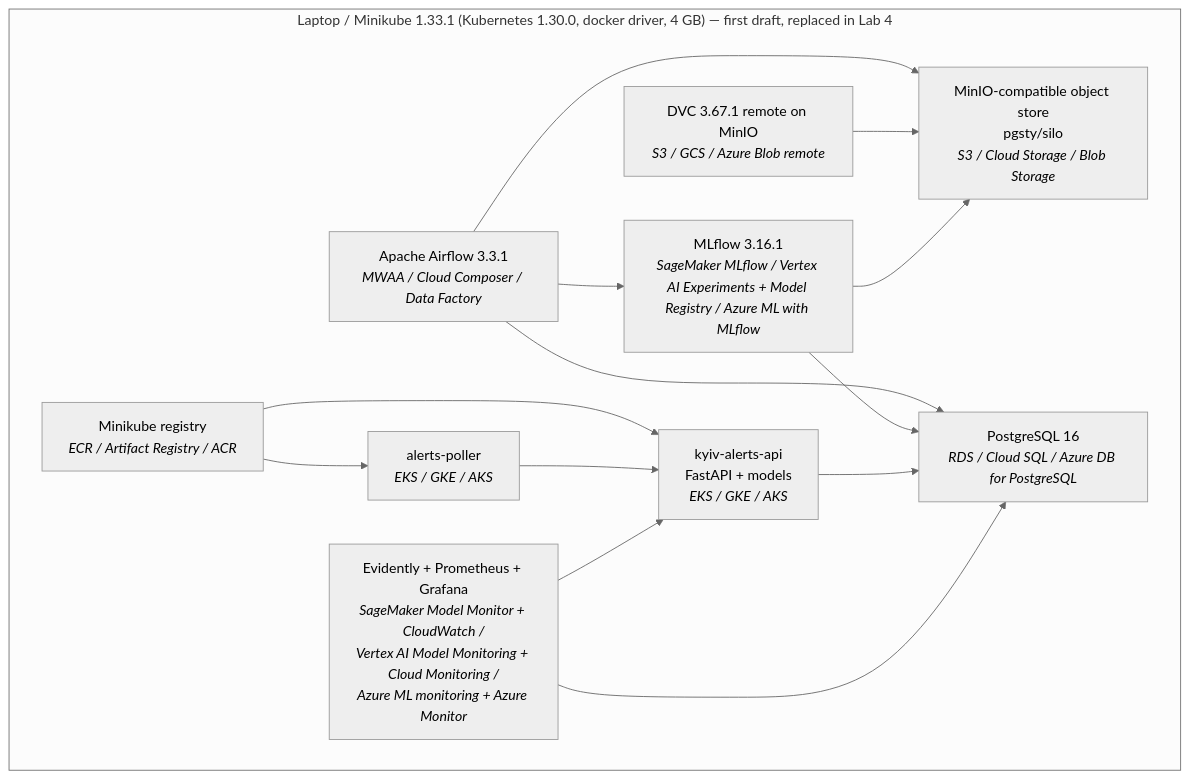
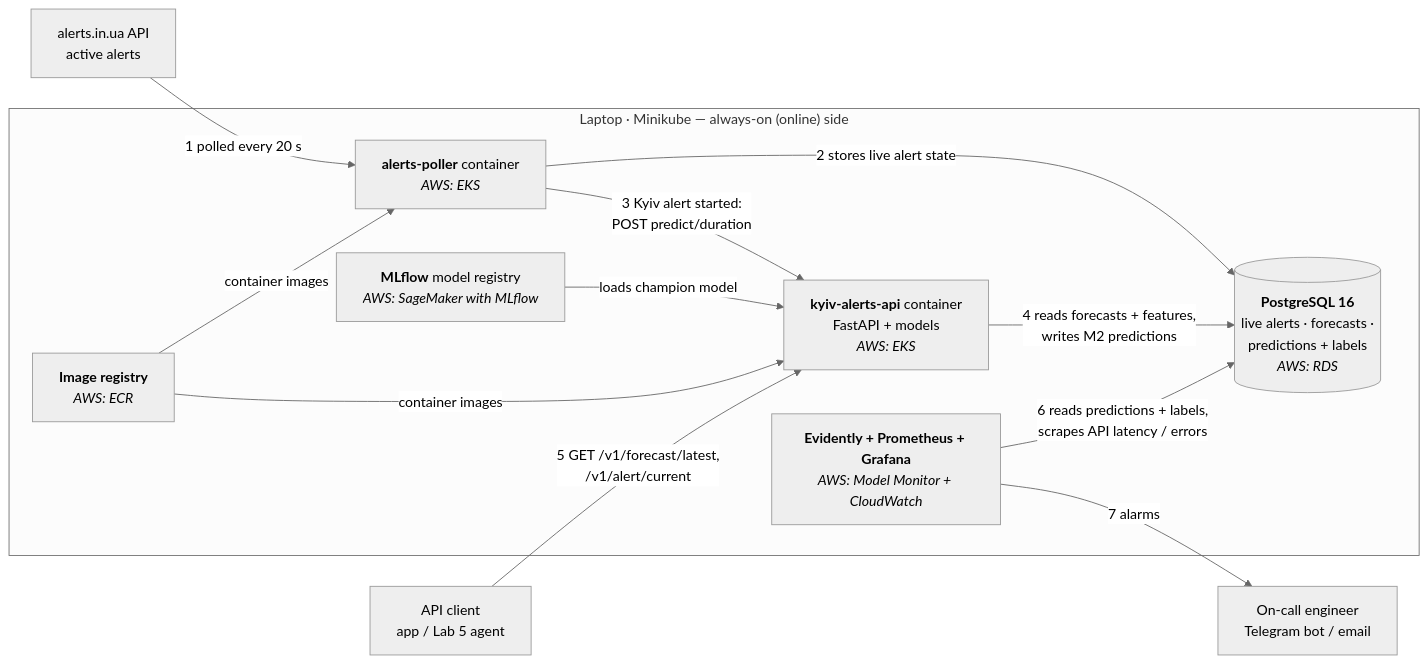
The fourth of 4 diagrams in docs/design.md (kvitoslava-yarish/mlops-2026), drawn with Mermaid (neutral theme) before and after one commit. The commit also changed other lines of this file and 1 other file, not shown here.

Commit message:
README for first-time readers; readable deployment diagrams

````diff
--- a/docs/design.md
+++ b/docs/design.md
@@ -382,26 +338,25 @@
 ```mermaid
-flowchart TB
-    subgraph laptop["Laptop / Minikube 1.33.1 (Kubernetes 1.30.0, docker driver, 4 GB) — first draft, replaced in Lab 4"]
-        minio["MinIO-compatible object store<br/>pgsty/silo<br/><i>S3 / Cloud Storage / Blob Storage</i>"]
-        dvc["DVC 3.67.1 remote on MinIO<br/><i>S3 / GCS / Azure Blob remote</i>"]
-        af["Apache Airflow 3.3.1<br/><i>MWAA / Cloud Composer / Data Factory</i>"]
-        pg["PostgreSQL 16<br/><i>RDS / Cloud SQL / Azure DB for PostgreSQL</i>"]
-        mlf["MLflow 3.16.1<br/><i>SageMaker MLflow / Vertex AI Experiments + Model Registry / Azure ML with MLflow</i>"]
-        reg["Minikube registry<br/><i>ECR / Artifact Registry / ACR</i>"]
-        api["kyiv-alerts-api<br/>FastAPI + models<br/><i>EKS / GKE / AKS</i>"]
-        poll["alerts-poller<br/><i>EKS / GKE / AKS</i>"]
-        mon["Evidently + Prometheus + Grafana<br/><i>SageMaker Model Monitor + CloudWatch /<br/>Vertex AI Model Monitoring + Cloud Monitoring /<br/>Azure ML monitoring + Azure Monitor</i>"]
+flowchart LR
+    aiu["alerts.in.ua API<br/>active alerts"]
+    subgraph laptop["Laptop · Minikube — always-on (online) side"]
+        reg["<b>Image registry</b><br/><i>AWS: ECR</i>"]
+        poll["<b>alerts-poller</b> container<br/><i>AWS: EKS</i>"]
+        api["<b>kyiv-alerts-api</b> container<br/>FastAPI + models<br/><i>AWS: EKS</i>"]
+        mlf["<b>MLflow</b> model registry<br/><i>AWS: SageMaker with MLflow</i>"]
+        pg[("<b>PostgreSQL 16</b><br/>live alerts · forecasts ·<br/>predictions + labels<br/><i>AWS: RDS</i>")]
+        mon["<b>Evidently + Prometheus + Grafana</b><br/><i>AWS: Model Monitor + CloudWatch</i>"]
     end
-    af --> minio
-    af --> pg
-    af --> mlf
-    dvc --> minio
-    mlf --> pg
-    mlf --> minio
-    reg --> api
-    reg --> poll
-    poll --> api
-    api --> pg
-    mon --> pg
-    mon --> api
+    cli["API client<br/>app / Lab 5 agent"]
+    onc["On-call engineer<br/>Telegram bot / email"]
+
+    aiu -- "1 polled every 20 s" --> poll
+    poll -- "2 stores live alert state" --> pg
+    poll -- "3 Kyiv alert started:<br/>POST predict/duration" --> api
+    mlf -- "loads champion model" --> api
+    reg -- "container images" --> poll
+    reg -- "container images" --> api
+    api -- "4 reads forecasts + features,<br/>writes M2 predictions" --> pg
+    cli -- "5 GET /v1/forecast/latest,<br/>/v1/alert/current" --> api
+    mon -- "6 reads predictions + labels,<br/>scrapes API latency / errors" --> pg
+    mon -- "7 alarms" --> onc
 ```
````
